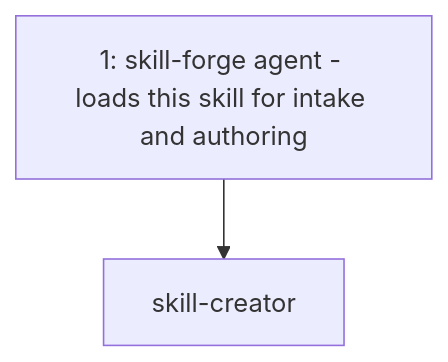
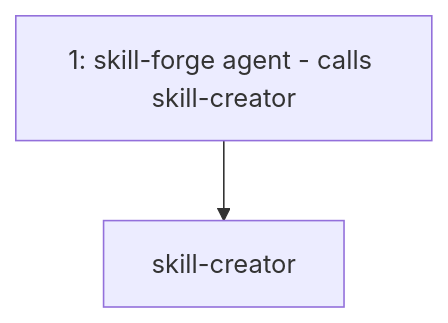
Before and after one commit to kevin-llps/payments-hexagonal-architecture-migration-challenge: the first of 2 diagrams in realistic-mess-based-on-jpa-entities-challenge/.opencode/skills/skill-creator/README.md, drawn with Mermaid. The commit also changed other lines of this file and 2 other files, not shown here.

First line of the commit message:
skill-creator: stop coupling to skill-testing and other agents

````diff
--- a/realistic-mess-based-on-jpa-entities-challenge/.opencode/skills/skill-creator/README.md
+++ b/realistic-mess-based-on-jpa-entities-challenge/.opencode/skills/skill-creator/README.md
@@ -20,4 +19,4 @@
 ```mermaid
 graph TD
-    A1["1: skill-forge agent - loads this skill for intake and authoring"] --> S["skill-creator"]
+    A1["1: skill-forge agent - calls skill-creator"] --> S["skill-creator"]
 ```
````
